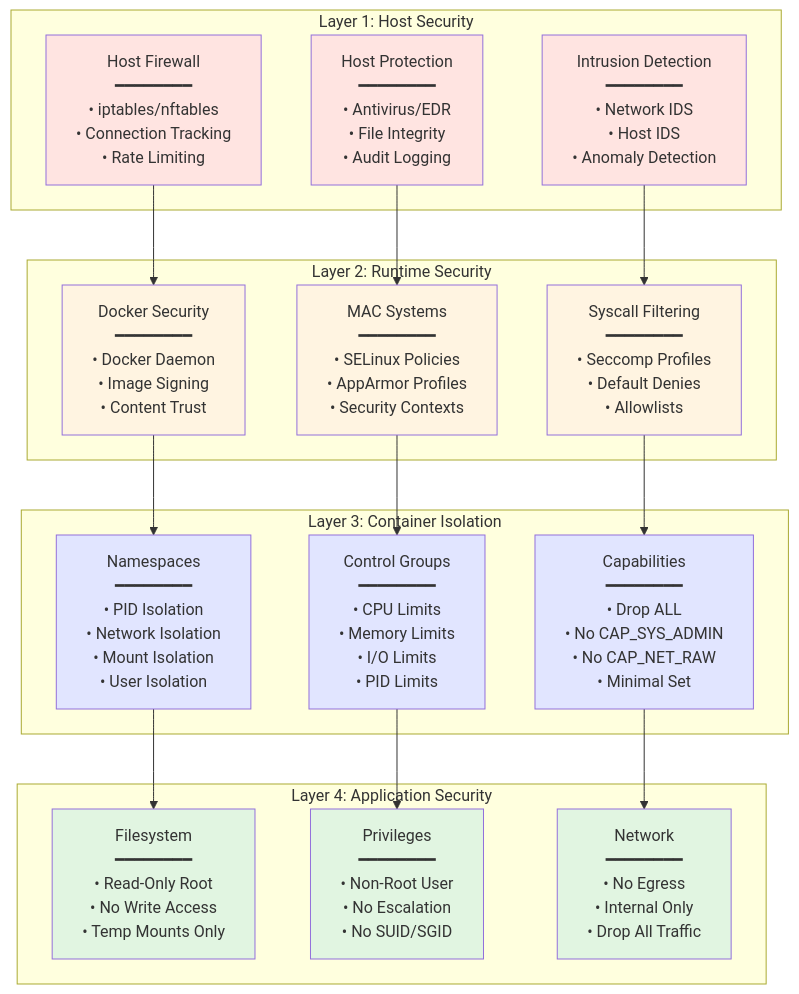
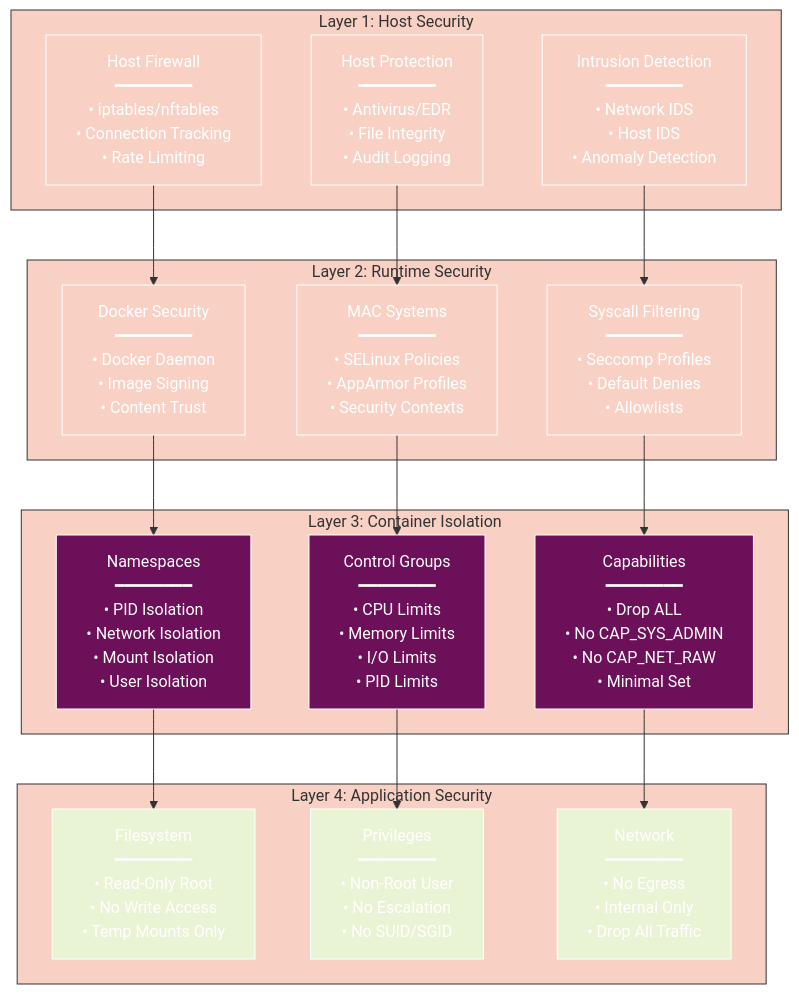
The third of 23 diagrams in docs/CONTAINER_ISOLATION.md (radicalkjax/Athena), drawn with Mermaid before and after one commit. The commit also changed other lines of this file and 27 other files, not shown here.

Commit message:
Introduction of expo package manager. Updated docs to reflect changes. Unified mermaid theme for docs.

````diff
--- a/docs/CONTAINER_ISOLATION.md
+++ b/docs/CONTAINER_ISOLATION.md
@@ -136,49 +178,70 @@
 ```mermaid
+%%{init: {
+  'theme': 'base',
+  'themeVariables': {
+    'primaryColor': '#6d105a',
+    'primaryTextColor': '#ffffff',
+    'primaryBorderColor': '#ffffff',
+    'lineColor': '#333333',
+    'secondaryColor': '#e8f4d4',
+    'secondaryTextColor': '#333333',
+    'secondaryBorderColor': '#333333',
+    'tertiaryColor': '#f9d0c4',
+    'tertiaryTextColor': '#333333',
+    'tertiaryBorderColor': '#333333',
+    'background': '#ffffff',
+    'mainBkg': '#6d105a',
+    'secondBkg': '#e8f4d4',
+    'tertiaryBkg': '#f9d0c4',
+    'textColor': '#333333',
+    'fontFamily': 'Arial, sans-serif'
+  }
+}}%%
 graph TB
     subgraph "Layer 1: Host Security"
         HF[Host Firewall<br/>━━━━━━━━<br/>• iptables/nftables<br/>• Connection Tracking<br/>• Rate Limiting]
         HA[Host Protection<br/>━━━━━━━━<br/>• Antivirus/EDR<br/>• File Integrity<br/>• Audit Logging]
         HI[Intrusion Detection<br/>━━━━━━━━<br/>• Network IDS<br/>• Host IDS<br/>• Anomaly Detection]
     end
     
     subgraph "Layer 2: Runtime Security"
         DR[Docker Security<br/>━━━━━━━━<br/>• Docker Daemon<br/>• Image Signing<br/>• Content Trust]
         SE[MAC Systems<br/>━━━━━━━━<br/>• SELinux Policies<br/>• AppArmor Profiles<br/>• Security Contexts]
         SC[Syscall Filtering<br/>━━━━━━━━<br/>• Seccomp Profiles<br/>• Default Denies<br/>• Allowlists]
     end
     
     subgraph "Layer 3: Container Isolation"
         NS[Namespaces<br/>━━━━━━━━<br/>• PID Isolation<br/>• Network Isolation<br/>• Mount Isolation<br/>• User Isolation]
         CG[Control Groups<br/>━━━━━━━━<br/>• CPU Limits<br/>• Memory Limits<br/>• I/O Limits<br/>• PID Limits]
         CAP[Capabilities<br/>━━━━━━━━<br/>• Drop ALL<br/>• No CAP_SYS_ADMIN<br/>• No CAP_NET_RAW<br/>• Minimal Set]
     end
     
     subgraph "Layer 4: Application Security"
         RO[Filesystem<br/>━━━━━━━━<br/>• Read-Only Root<br/>• No Write Access<br/>• Temp Mounts Only]
         NP[Privileges<br/>━━━━━━━━<br/>• Non-Root User<br/>• No Escalation<br/>• No SUID/SGID]
         NE[Network<br/>━━━━━━━━<br/>• No Egress<br/>• Internal Only<br/>• Drop All Traffic]
     end
     
     HF --> DR
     HA --> SE
     HI --> SC
     DR --> NS
     SE --> CG
     SC --> CAP
     NS --> RO
     CG --> NP
     CAP --> NE
     
-    style HF fill:#ffe4e1
-    style HA fill:#ffe4e1
-    style HI fill:#ffe4e1
-    style DR fill:#fff4e1
-    style SE fill:#fff4e1
-    style SC fill:#fff4e1
-    style NS fill:#e1e5ff
-    style CG fill:#e1e5ff
-    style CAP fill:#e1e5ff
-    style RO fill:#e1f5e1
-    style NP fill:#e1f5e1
-    style NE fill:#e1f5e1
+    style HF fill:#f9d0c4
+    style HA fill:#f9d0c4
+    style HI fill:#f9d0c4
+    style DR fill:#f9d0c4
+    style SE fill:#f9d0c4
+    style SC fill:#f9d0c4
+    style NS fill:#6d105a
+    style CG fill:#6d105a
+    style CAP fill:#6d105a
+    style RO fill:#e8f4d4
+    style NP fill:#e8f4d4
+    style NE fill:#e8f4d4
 ```
````
